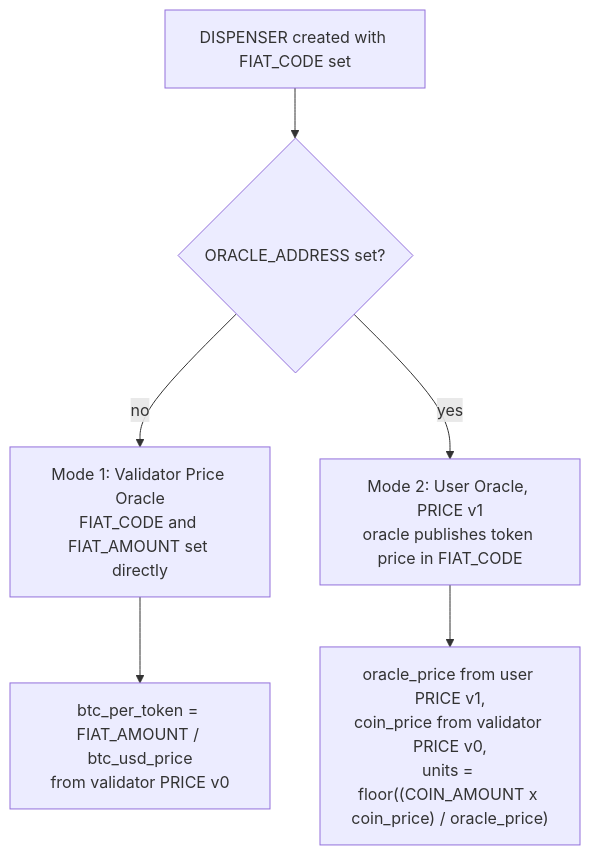
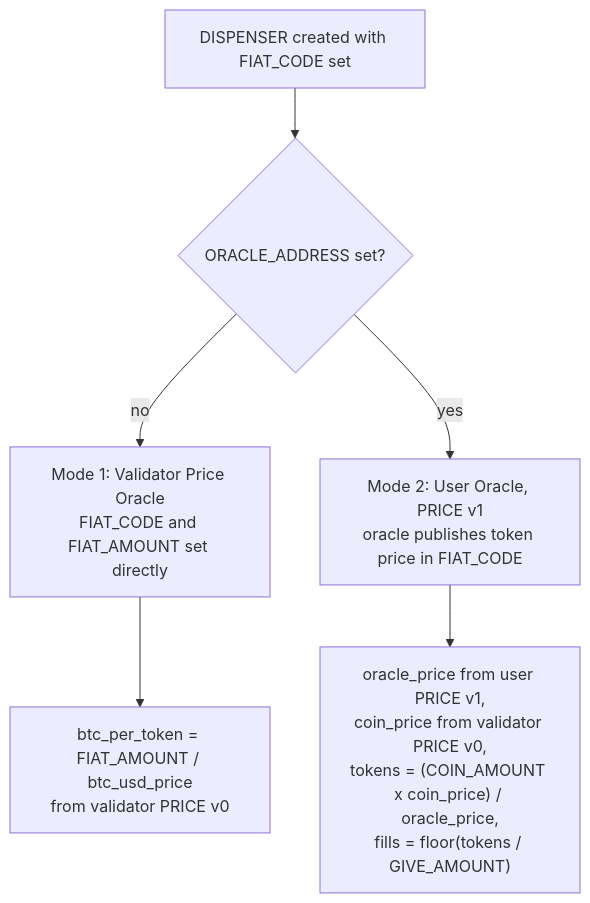
The second of 3 diagrams in protocol/actions/dispenser.md (XChain-Platform/xchain-documentation), drawn with Mermaid before and after one commit. The commit also changed other lines of this file and 1 other file, not shown here.

Commit message:
docs(dispenser): document per-token oracle pricing and register its flag day

````diff
--- a/protocol/actions/dispenser.md
+++ b/protocol/actions/dispenser.md
@@ -197,8 +200,8 @@
 ```mermaid
 flowchart TD
     Create["DISPENSER created with FIAT_CODE set"] --> Check{"ORACLE_ADDRESS set?"}
     Check -->|"no"| Mode1["Mode 1: Validator Price Oracle<br>FIAT_CODE and FIAT_AMOUNT set directly"]
     Check -->|"yes"| Mode2["Mode 2: User Oracle, PRICE v1<br>oracle publishes token price in FIAT_CODE"]
     Mode1 --> Calc1["btc_per_token = FIAT_AMOUNT / btc_usd_price<br>from validator PRICE v0"]
-    Mode2 --> Calc2["oracle_price from user PRICE v1,<br>coin_price from validator PRICE v0,<br>units = floor((COIN_AMOUNT x coin_price) / oracle_price)"]
+    Mode2 --> Calc2["oracle_price from user PRICE v1,<br>coin_price from validator PRICE v0,<br>tokens = (COIN_AMOUNT x coin_price) / oracle_price,<br>fills = floor(tokens / GIVE_AMOUNT)"]
 ```
````
